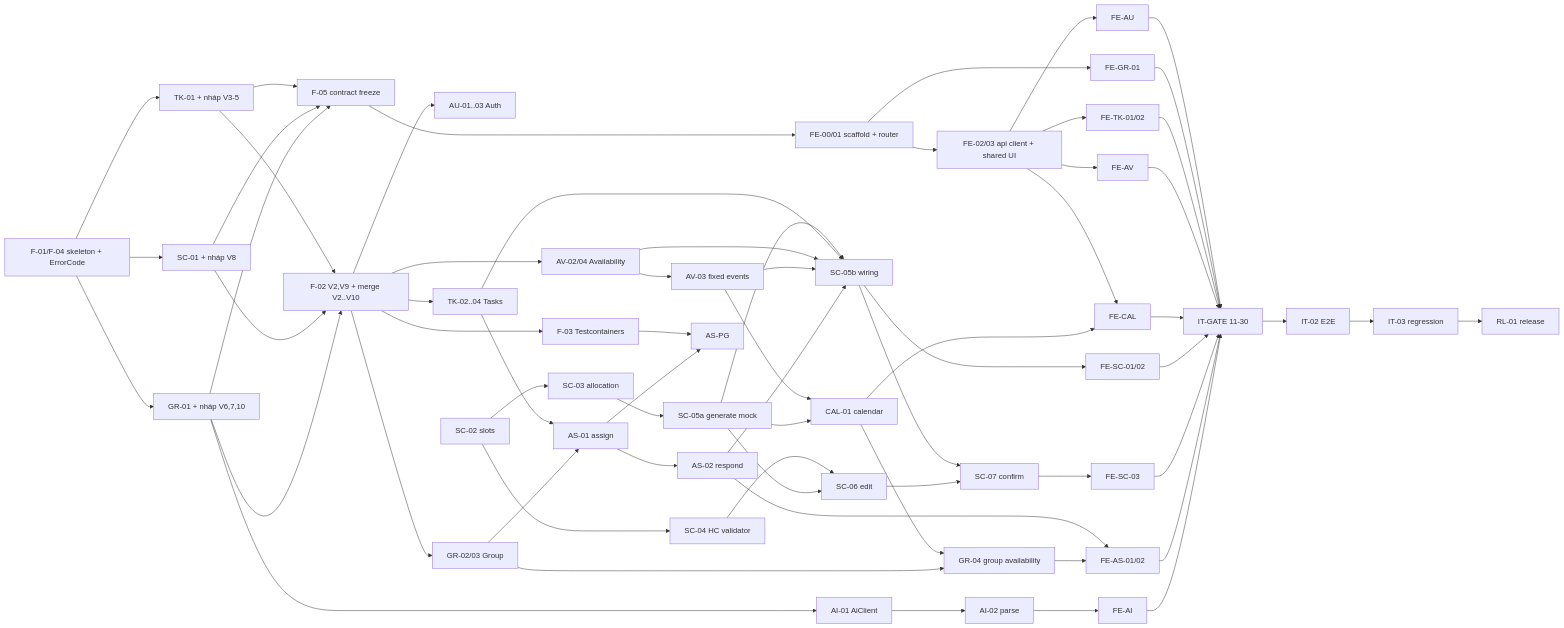
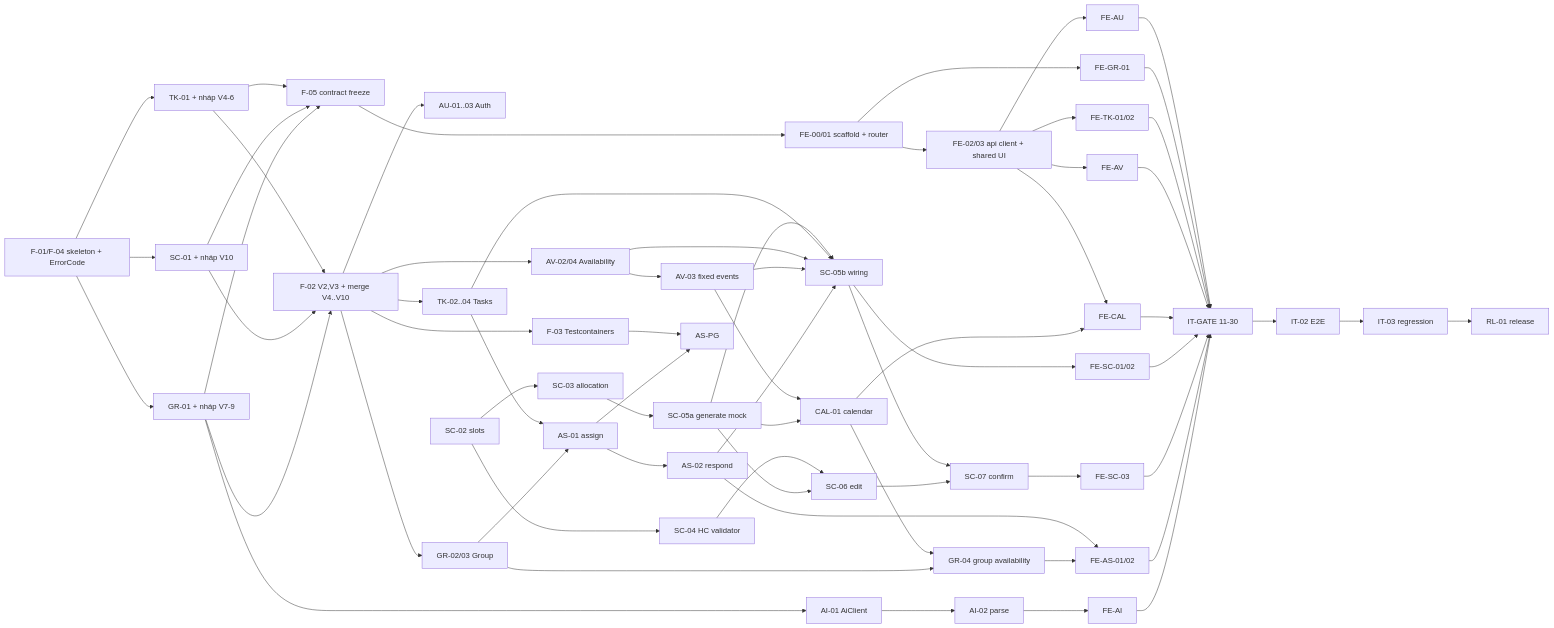
One commit to uth-software-team/PlanWise changed the diagram in docs/plan/03_DEPENDENCY_GRAPH.md. Above: the diagram before and after it, drawn with Mermaid. The commit also changed 10 other files, not shown here.

````diff
--- a/docs/plan/03_DEPENDENCY_GRAPH.md
+++ b/docs/plan/03_DEPENDENCY_GRAPH.md
@@ -5,58 +5,58 @@
 ```mermaid
 graph LR
-  F01[F-01/F-04 skeleton + ErrorCode] --> C1[TK-01 + nháp V3-5]
-  F01 --> C2[SC-01 + nháp V8]
-  F01 --> C3[GR-01 + nháp V6,7,10]
-  C1 --> F02[F-02 V2,V9 + merge V2..V10]
+  F01[F-01/F-04 skeleton + ErrorCode] --> C1[TK-01 + nháp V4-6]
+  F01 --> C2[SC-01 + nháp V10]
+  F01 --> C3[GR-01 + nháp V7-9]
+  C1 --> F02[F-02 V2,V3 + merge V4..V10]
   C2 --> F02
   C3 --> F02
   C1 --> F05[F-05 contract freeze]
   C2 --> F05
   C3 --> F05
   F02 --> AU[AU-01..03 Auth]
   F02 --> TK[TK-02..04 Tasks]
   F02 --> AV2[AV-02/04 Availability]
   F02 --> GR[GR-02/03 Group]
   SC2[SC-02 slots] --> SC3[SC-03 allocation] --> SC5a[SC-05a generate mock]
   SC2 --> SC4[SC-04 HC validator] --> SC6[SC-06 edit]
   SC5a --> SC6
   AV2 --> AV3[AV-03 fixed events]
   TK --> AS1[AS-01 assign]
   GR --> AS1 --> AS2[AS-02 respond]
   SC5a --> SC5b[SC-05b wiring]
   TK --> SC5b
   AV2 --> SC5b
   AV3 --> SC5b
   AS2 --> SC5b
   SC5b --> SC7[SC-07 confirm]
   SC6 --> SC7
   AV3 --> CAL[CAL-01 calendar]
   SC5a --> CAL
   CAL --> GR4[GR-04 group availability]
   GR --> GR4
   C3 --> AI1[AI-01 AiClient] --> AI2[AI-02 parse]
   F02 --> F03[F-03 Testcontainers] --> ASPG[AS-PG]
   AS1 --> ASPG
   F05 --> FE01[FE-00/01 scaffold + router] --> FE02[FE-02/03 api client + shared UI]
   FE02 --> FEAU[FE-AU]
   FE01 --> FEGR[FE-GR-01]
   FE02 --> FETK[FE-TK-01/02]
   FE02 --> FEAV[FE-AV]
   FE02 --> FECAL[FE-CAL]
   CAL --> FECAL
   SC5b --> FESC1[FE-SC-01/02]
   SC7 --> FESC3[FE-SC-03]
   AS2 --> FEAS[FE-AS-01/02]
   GR4 --> FEAS
   AI2 --> FEAI[FE-AI]
   FEAU --> GATE[IT-GATE 11-30]
   FEGR --> GATE
   FETK --> GATE
   FEAV --> GATE
   FECAL --> GATE
   FESC1 --> GATE
   FESC3 --> GATE
   FEAS --> GATE
   FEAI --> GATE
   GATE --> IT2[IT-02 E2E] --> IT3[IT-03 regression] --> RL[RL-01 release]
 ```
````
